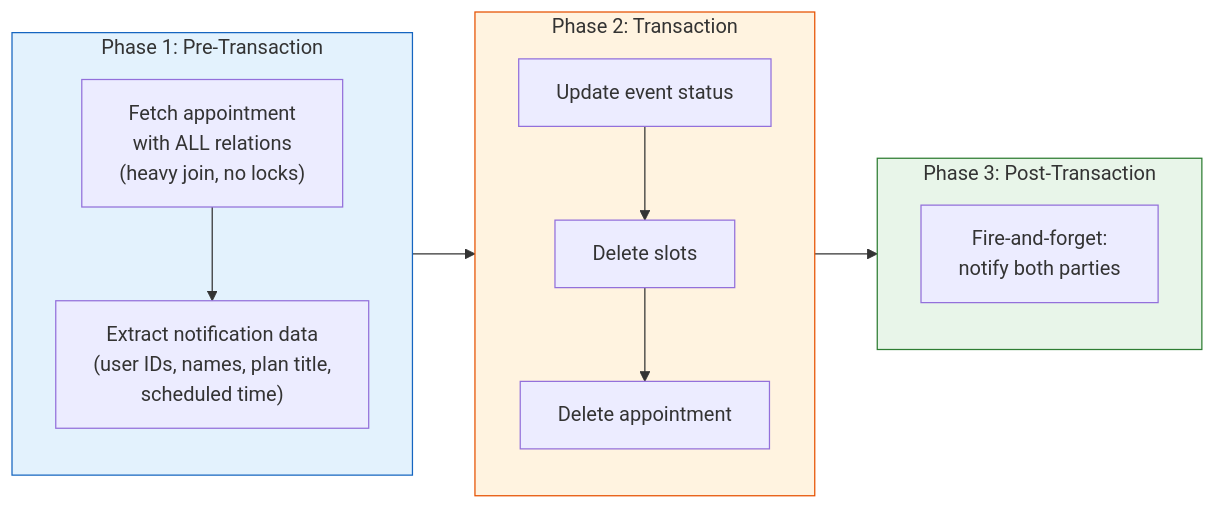
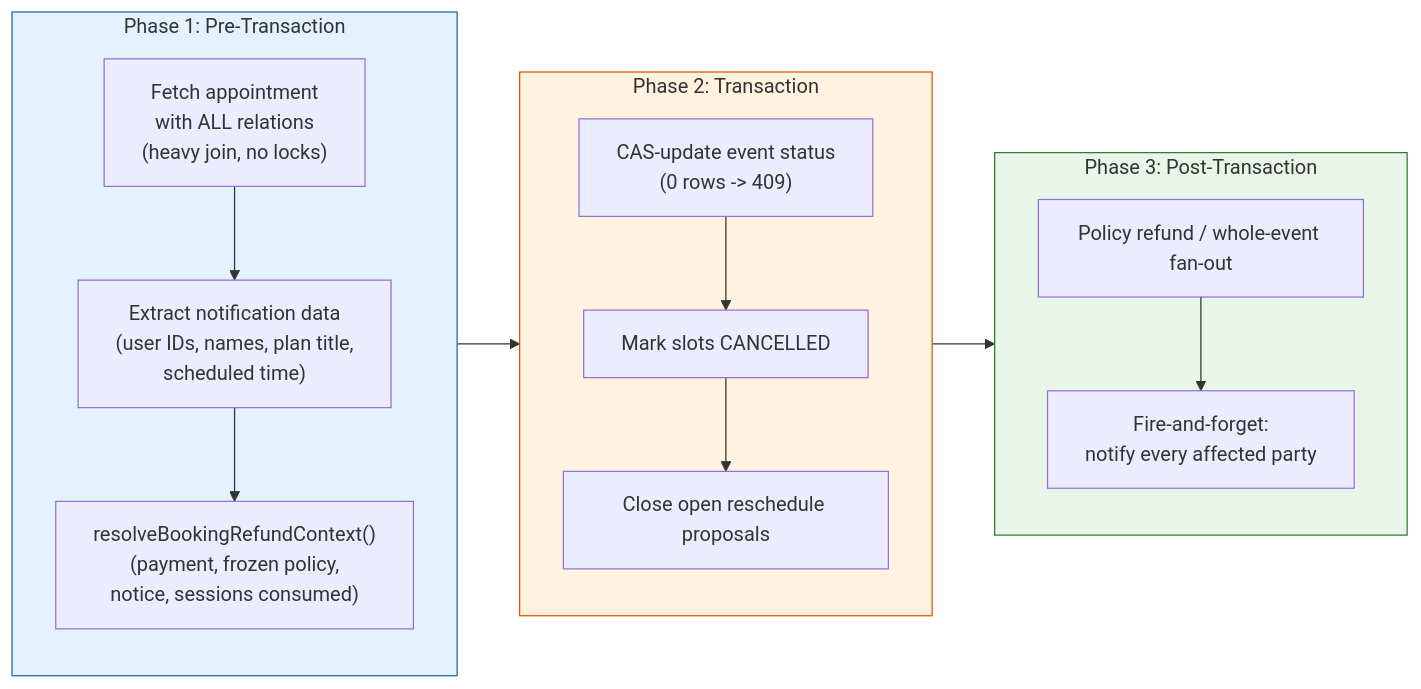
One commit to Practitionist/familiarise_web changed the second of 14 diagrams in docs/booking/08-cancellation-flow.md. Above: the diagram before and after it, drawn with Mermaid. The commit also changed other lines of this file and 8 other files, not shown here.

````diff
--- a/docs/booking/08-cancellation-flow.md
+++ b/docs/booking/08-cancellation-flow.md
@@ -228,24 +267,25 @@
 ```mermaid
 flowchart LR
     subgraph Phase1["Phase 1: Pre-Transaction"]
         direction TB
         A["Fetch appointment\nwith ALL relations\n(heavy join, no locks)"] --> B["Extract notification data\n(user IDs, names, plan title,\nscheduled time)"]
+        B --> B2["resolveBookingRefundContext()\n(payment, frozen policy,\nnotice, sessions consumed)"]
     end
 
     subgraph Phase2["Phase 2: Transaction"]
         direction TB
-        C["Update event status"] --> D["Delete slots"]
-        D --> E["Delete appointment"]
+        C["CAS-update event status\n(0 rows -> 409)"] --> D["Mark slots CANCELLED"]
+        D --> E["Close open reschedule proposals"]
     end
 
     subgraph Phase3["Phase 3: Post-Transaction"]
         direction TB
-        F["Fire-and-forget:\nnotify both parties"]
+        F["Policy refund / whole-event fan-out"] --> G["Fire-and-forget:\nnotify every affected party"]
     end
 
     Phase1 --> Phase2 --> Phase3
 
     style Phase1 fill:#e3f2fd,stroke:#1565c0
     style Phase2 fill:#fff3e0,stroke:#e65100
     style Phase3 fill:#e8f5e9,stroke:#2e7d32
 ```
````
